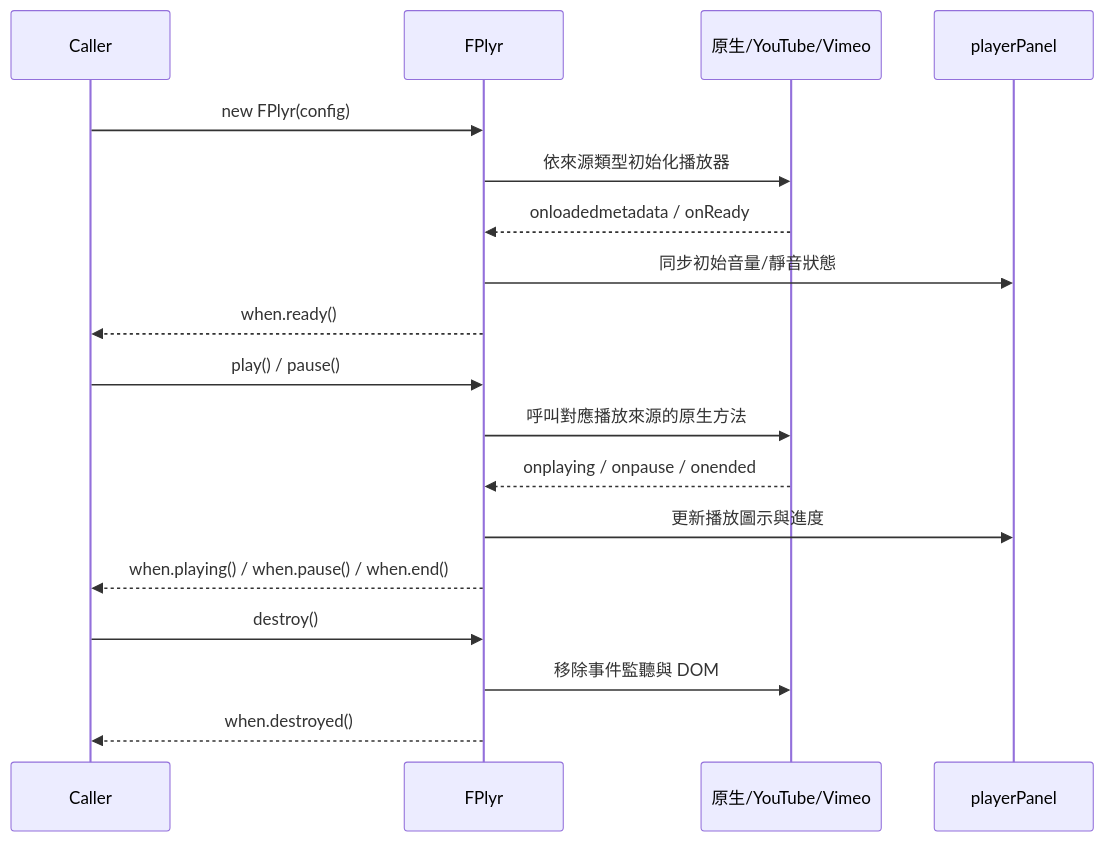
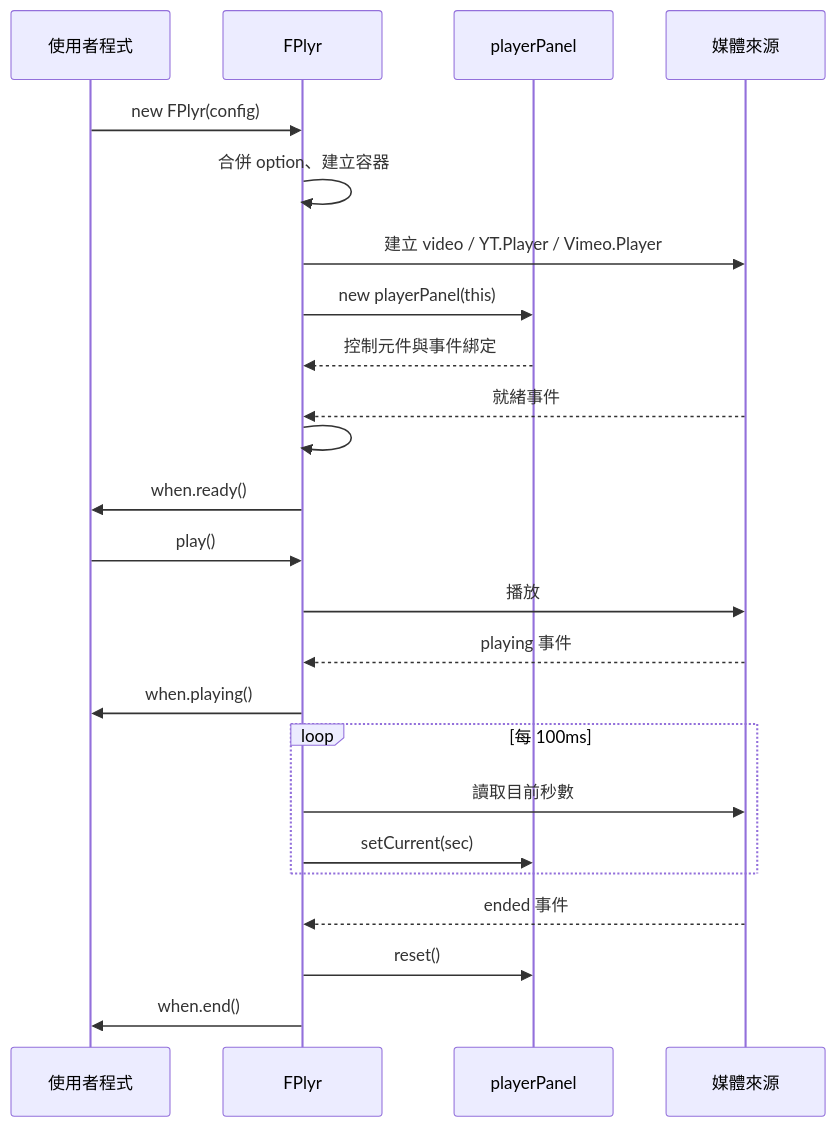
The seventh of 9 diagrams in doc/architecture.zh.md (pardnchiu/FlexPlyr), drawn with Mermaid before and after one commit. The commit also changed other lines of this file and 7 other files, not shown here.

Commit message:
doc: Regenerate bilingual README, doc, and architecture docs from source

````diff
--- a/doc/architecture.zh.md
+++ b/doc/architecture.zh.md
@@ -72,23 +157,26 @@
 ```mermaid
 sequenceDiagram
-    participant Caller
-    participant FPlyr
-    participant Source as 原生/YouTube/Vimeo
-    participant Panel as playerPanel
-
-    Caller->>FPlyr: new FPlyr(config)
-    FPlyr->>Source: 依來源類型初始化播放器
-    Source-->>FPlyr: onloadedmetadata / onReady
-    FPlyr->>Panel: 同步初始音量/靜音狀態
-    FPlyr-->>Caller: when.ready()
-
-    Caller->>FPlyr: play() / pause()
-    FPlyr->>Source: 呼叫對應播放來源的原生方法
-    Source-->>FPlyr: onplaying / onpause / onended
-    FPlyr->>Panel: 更新播放圖示與進度
-    FPlyr-->>Caller: when.playing() / when.pause() / when.end()
-
-    Caller->>FPlyr: destroy()
-    FPlyr->>Source: 移除事件監聽與 DOM
-    FPlyr-->>Caller: when.destroyed()
+    participant U as 使用者程式
+    participant C as FPlyr
+    participant P as playerPanel
+    participant S as 媒體來源
+    U->>C: new FPlyr(config)
+    C->>C: 合併 option、建立容器
+    C->>S: 建立 video / YT.Player / Vimeo.Player
+    C->>P: new playerPanel(this)
+    P-->>C: 控制元件與事件綁定
+    S-->>C: 就緒事件
+    C->>C: #stateReady：設定時長、音量、靜音
+    C->>U: when.ready()
+    U->>C: play()
+    C->>S: 播放
+    S-->>C: playing 事件
+    C->>U: when.playing()
+    loop 每 100ms
+        C->>S: 讀取目前秒數
+        C->>P: setCurrent(sec)
+    end
+    S-->>C: ended 事件
+    C->>P: reset()
+    C->>U: when.end()
 ```
````
